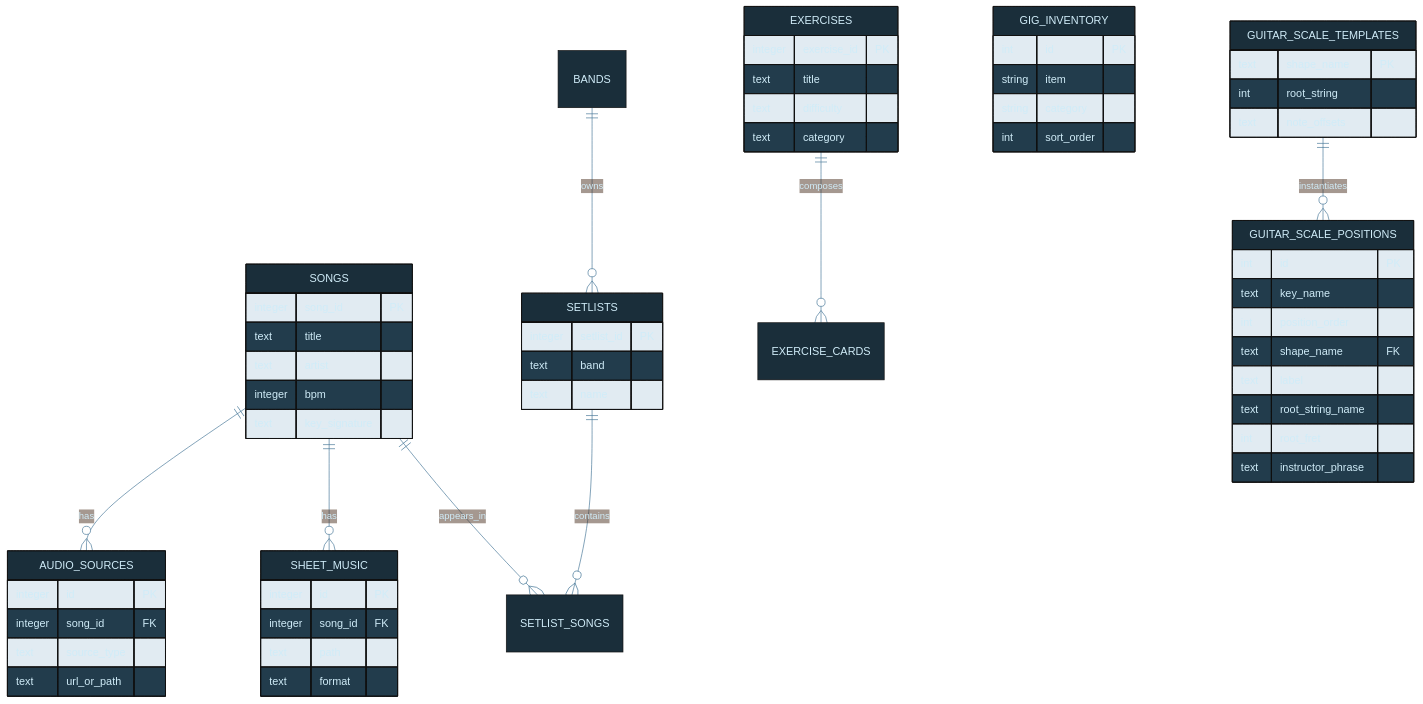
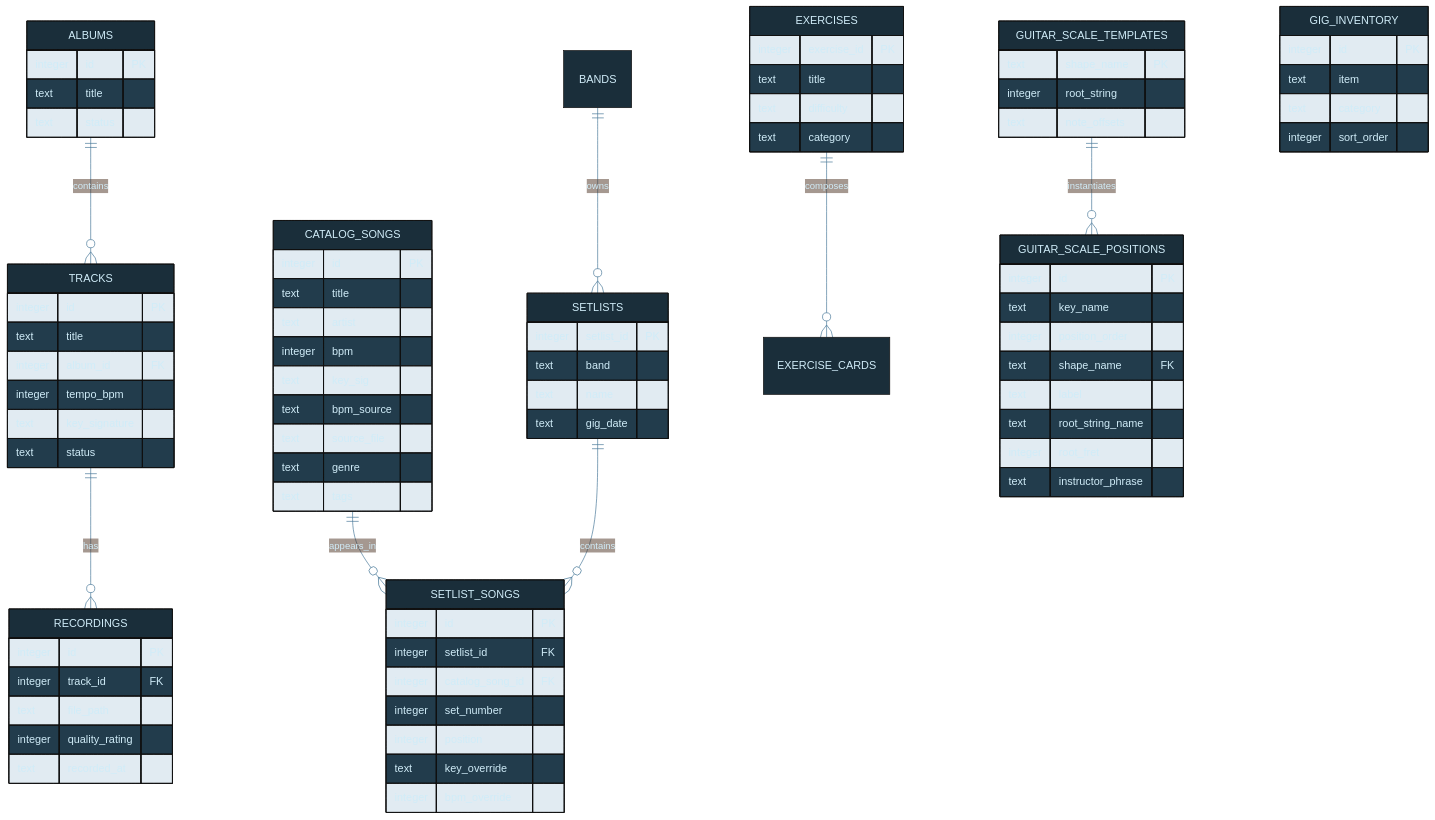
The diagram in diagrams/music-db-schema.mmd (tylerdrakemusic/-Workspace), drawn with Mermaid before and after one commit. The commit also changed 2 other files, not shown here.

Commit message:
docs(diagrams): update music-architecture + music-db-schema for FR-20260526-bpm-key-auto-tagger
- music-architecture.mmd: add src/services/ layer (AudioTagger), auto_tagger CLI node,
  ID3 write-back edge, archive note for detect_bpm/bpm_verify
- music-db-schema.mmd: replace generic SONGS entity with real tables (TRACKS,
  RECORDINGS, CATALOG_SONGS) including tempo_bpm, key_signature, bpm_source columns

```diff
--- a/diagrams/music-db-schema.mmd
+++ b/diagrams/music-db-schema.mmd
@@ -1,61 +1,83 @@
 %%{init: {'theme': 'base', 'themeVariables': {'primaryColor': '#1a2e3a', 'primaryTextColor': '#d0ecf8', 'edgeLabelBackground': '#0f1318', 'lineColor': '#4a7a9a'}}}%%
 erDiagram
-    SONGS ||--o{ SETLIST_SONGS : appears_in
+    TRACKS ||--o{ RECORDINGS : has
+    ALBUMS ||--o{ TRACKS : contains
+    CATALOG_SONGS ||--o{ SETLIST_SONGS : appears_in
     SETLISTS ||--o{ SETLIST_SONGS : contains
-    SONGS ||--o{ SHEET_MUSIC : has
-    SONGS ||--o{ AUDIO_SOURCES : has
     BANDS ||--o{ SETLISTS : owns
     EXERCISES ||--o{ EXERCISE_CARDS : composes
+    GUITAR_SCALE_TEMPLATES ||--o{ GUITAR_SCALE_POSITIONS : instantiates
 
-    SONGS {
-        integer song_id PK
+    TRACKS {
+        integer id PK
+        text title
+        integer album_id FK
+        integer tempo_bpm
+        text key_signature
+        text status
+    }
+    RECORDINGS {
+        integer id PK
+        integer track_id FK
+        text file_path
+        integer quality_rating
+        text recorded_at
+    }
+    ALBUMS {
+        integer id PK
+        text title
+        text status
+    }
+    CATALOG_SONGS {
+        integer id PK
         text title
         text artist
         integer bpm
-        text key_signature
+        text key_sig
+        text bpm_source
+        text source_file
+        text genre
+        text tags
     }
     SETLISTS {
         integer setlist_id PK
         text band
         text name
+        text gig_date
     }
-    SHEET_MUSIC {
+    SETLIST_SONGS {
         integer id PK
-        integer song_id FK
-        text path
-        text format
-    }
-    AUDIO_SOURCES {
-        integer id PK
-        integer song_id FK
-        text source_type
-        text url_or_path
+        integer setlist_id FK
+        integer catalog_song_id FK
+        integer set_number
+        integer position
+        text key_override
+        integer bpm_override
     }
     EXERCISES {
         integer exercise_id PK
         text title
         text difficulty
         text category
     }
     GIG_INVENTORY {
-        int id PK
-        string item
-        string category
-        int sort_order
+        integer id PK
+        text item
+        text category
+        integer sort_order
     }
     GUITAR_SCALE_TEMPLATES {
         text shape_name PK
-        int root_string
+        integer root_string
         text note_offsets
     }
     GUITAR_SCALE_POSITIONS {
-        int id PK
+        integer id PK
         text key_name
-        int position_order
+        integer position_order
         text shape_name FK
         text label
         text root_string_name
-        int root_fret
+        integer root_fret
         text instructor_phrase
     }
-    GUITAR_SCALE_TEMPLATES ||--o{ GUITAR_SCALE_POSITIONS : instantiates
```
